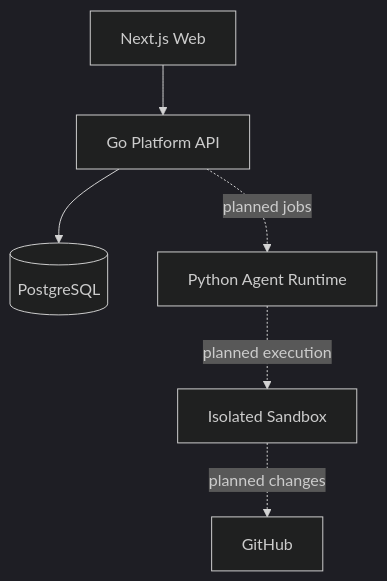
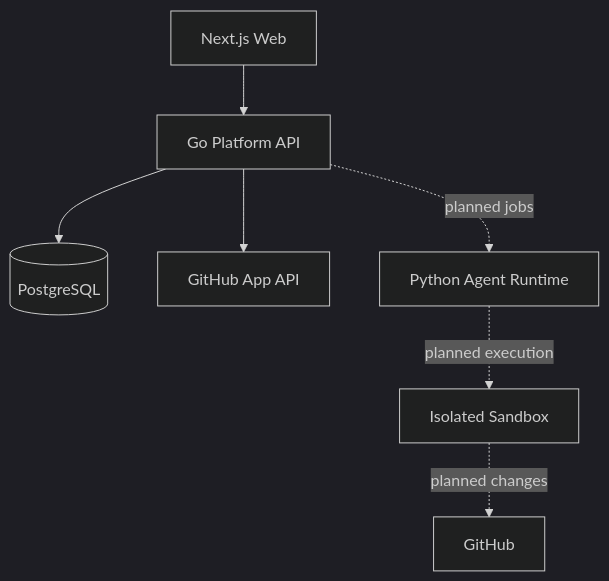
One commit to zaidhashmi/devpilot changed the second of 2 diagrams in README.md. Above: the diagram before and after it, drawn with Mermaid (dark theme). The commit also changed other lines of this file and 26 other files, not shown here.

First line of the commit message:
feat: add GitHub App integration and repository catalog (#2)

````diff
--- a/README.md
+++ b/README.md
@@ -42,8 +45,9 @@
 ```mermaid
 flowchart TD
     Web[Next.js Web] --> API[Go Platform API]
     API --> PostgreSQL[(PostgreSQL)]
+    API --> GitHubApp[GitHub App API]
     API -. planned jobs .-> Runtime[Python Agent Runtime]
     Runtime -. planned execution .-> Sandbox[Isolated Sandbox]
     Sandbox -. planned changes .-> GitHub[GitHub]
 ```
````
